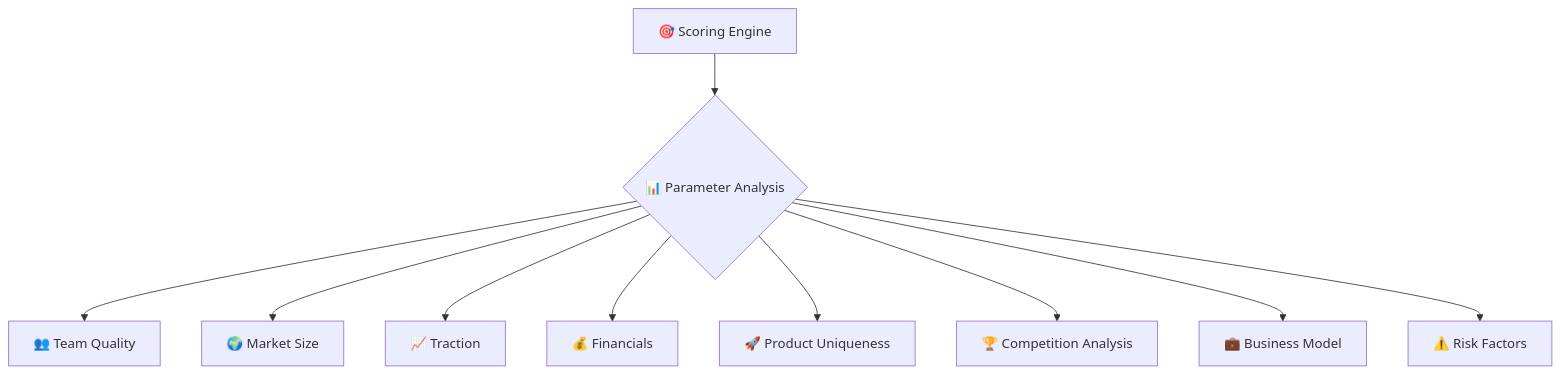
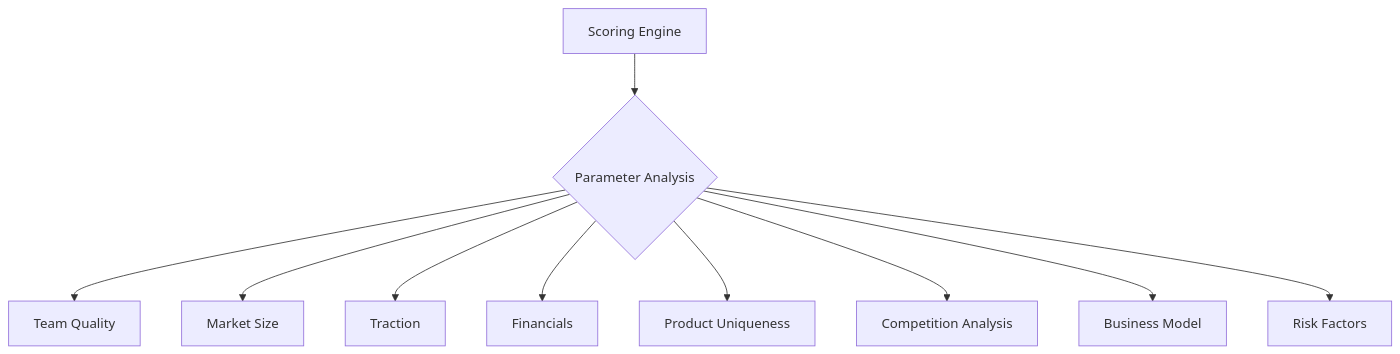
Before and after one commit to Pooja-Vishnoi/GenAI_Hackathon: the sixth of 11 diagrams in README.md, drawn with Mermaid. The commit also changed other lines of this file, not shown here.

Commit message:
- Enhance README with detailed architecture diagrams and application flow. - Added sections for frontend-backend separation, key function calls, and interactive editing flows to improve clarity and understanding of the system's structure and functionality.

````diff
--- a/README.md
+++ b/README.md
@@ -89,13 +193,13 @@
 ```mermaid
 graph TB
-    SC[🎯 Scoring Engine] --> PARAMS{📊 Parameter Analysis}
+    SC[Scoring Engine] --> PARAMS{Parameter Analysis}
     
-    PARAMS --> TS[👥 Team Quality]
-    PARAMS --> MS[🌍 Market Size]
-    PARAMS --> TR[📈 Traction]
-    PARAMS --> FS[💰 Financials]
-    PARAMS --> PS[🚀 Product Uniqueness]
-    PARAMS --> CS[🏆 Competition Analysis]
-    PARAMS --> BS[💼 Business Model]
-    PARAMS --> RS[⚠️ Risk Factors]
+    PARAMS --> TS[Team Quality]
+    PARAMS --> MS[Market Size]
+    PARAMS --> TR[Traction]
+    PARAMS --> FS[Financials]
+    PARAMS --> PS[Product Uniqueness]
+    PARAMS --> CS[Competition Analysis]
+    PARAMS --> BS[Business Model]
+    PARAMS --> RS[Risk Factors]
 ```
````
